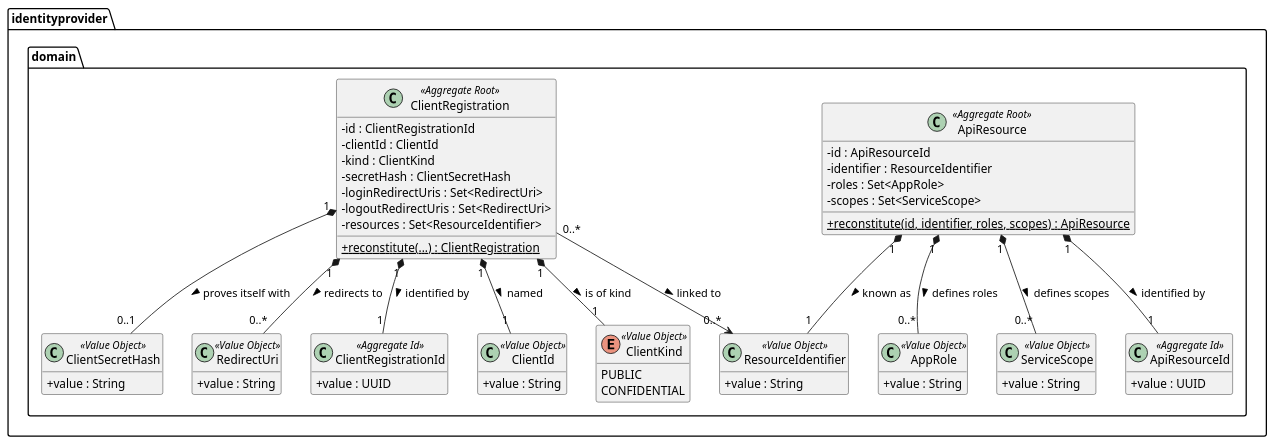
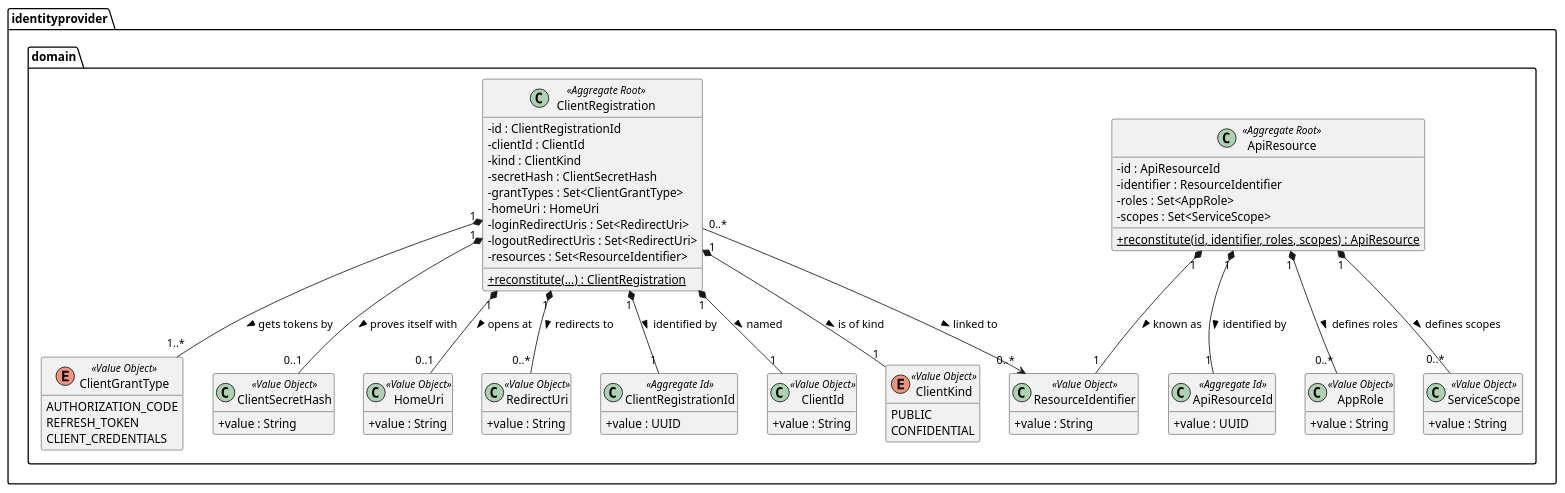
One commit to Soulware-Emergentes/report changed the diagram in diagrams/identityprovider/domain-class.puml. Above: the diagram before and after it, drawn with PlantUML. The commit also changed 2 other files, not shown here.

Commit message:
docs(diagrams): add client grant types and home uri to the identity provider model

```diff
--- a/diagrams/identityprovider/domain-class.puml
+++ b/diagrams/identityprovider/domain-class.puml
@@ -1,73 +1,87 @@
 @startuml identityprovider-domain
 skinparam classAttributeIconSize 0
 hide empty members
 
 package "identityprovider.domain" {
     class ApiResource <<Aggregate Root>> {
         - id : ApiResourceId
         - identifier : ResourceIdentifier
         - roles : Set<AppRole>
         - scopes : Set<ServiceScope>
         + {static} reconstitute(id, identifier, roles, scopes) : ApiResource
     }
 
     class ClientRegistration <<Aggregate Root>> {
         - id : ClientRegistrationId
         - clientId : ClientId
         - kind : ClientKind
         - secretHash : ClientSecretHash
+        - grantTypes : Set<ClientGrantType>
+        - homeUri : HomeUri
         - loginRedirectUris : Set<RedirectUri>
         - logoutRedirectUris : Set<RedirectUri>
         - resources : Set<ResourceIdentifier>
         + {static} reconstitute(...) : ClientRegistration
     }
 
     class ApiResourceId <<Aggregate Id>> {
         + value : UUID
     }
 
     class ClientRegistrationId <<Aggregate Id>> {
         + value : UUID
     }
 
     class ResourceIdentifier <<Value Object>> {
         + value : String
     }
 
     class AppRole <<Value Object>> {
         + value : String
     }
 
     class ServiceScope <<Value Object>> {
         + value : String
     }
 
     class ClientId <<Value Object>> {
         + value : String
     }
 
     enum ClientKind <<Value Object>> {
         PUBLIC
         CONFIDENTIAL
     }
 
+    enum ClientGrantType <<Value Object>> {
+        AUTHORIZATION_CODE
+        REFRESH_TOKEN
+        CLIENT_CREDENTIALS
+    }
+
     class ClientSecretHash <<Value Object>> {
+        + value : String
+    }
+
+    class HomeUri <<Value Object>> {
         + value : String
     }
 
     class RedirectUri <<Value Object>> {
         + value : String
     }
 }
 
 ApiResource "1" *-- "1" ApiResourceId : identified by >
 ApiResource "1" *-- "1" ResourceIdentifier : known as >
 ApiResource "1" *-- "0..*" AppRole : defines roles >
 ApiResource "1" *-- "0..*" ServiceScope : defines scopes >
 ClientRegistration "1" *-- "1" ClientRegistrationId : identified by >
 ClientRegistration "1" *-- "1" ClientId : named >
 ClientRegistration "1" *-- "1" ClientKind : is of kind >
 ClientRegistration "1" *-- "0..1" ClientSecretHash : proves itself with >
+ClientRegistration "1" *-- "1..*" ClientGrantType : gets tokens by >
+ClientRegistration "1" *-- "0..1" HomeUri : opens at >
 ClientRegistration "1" *-- "0..*" RedirectUri : redirects to >
 ClientRegistration "0..*" --> "0..*" ResourceIdentifier : linked to >
 @enduml
```
